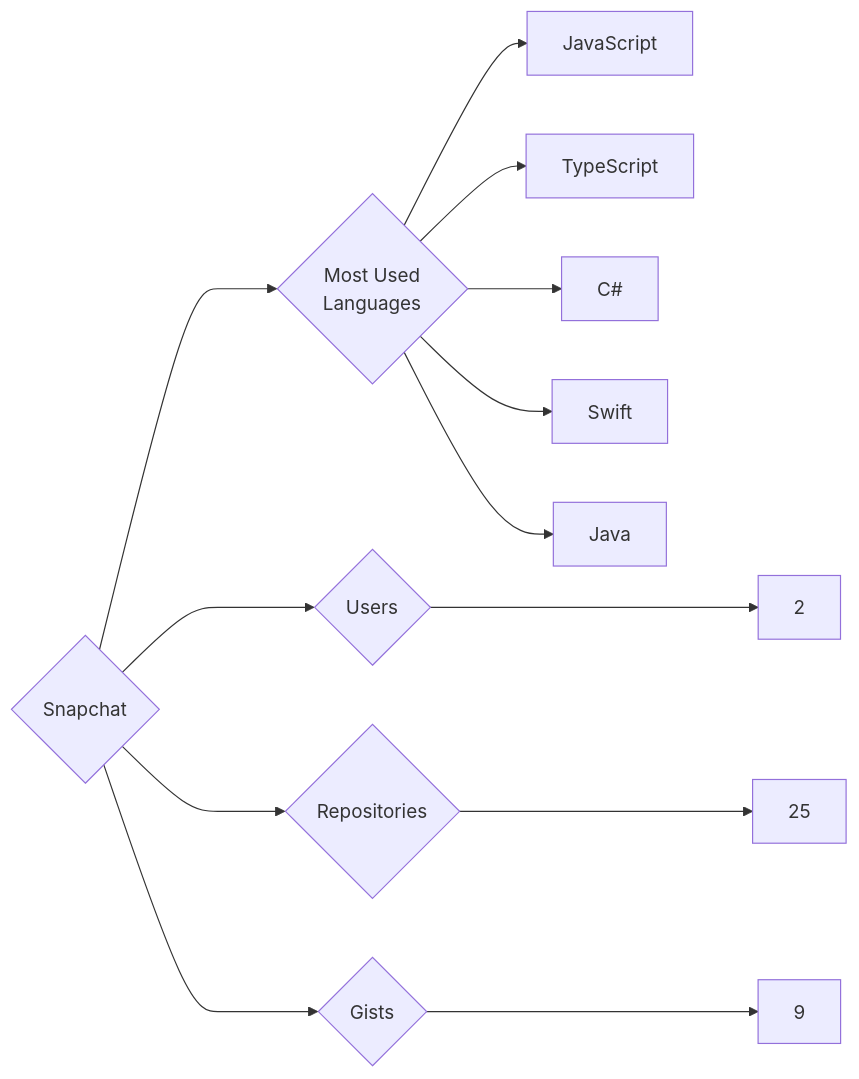
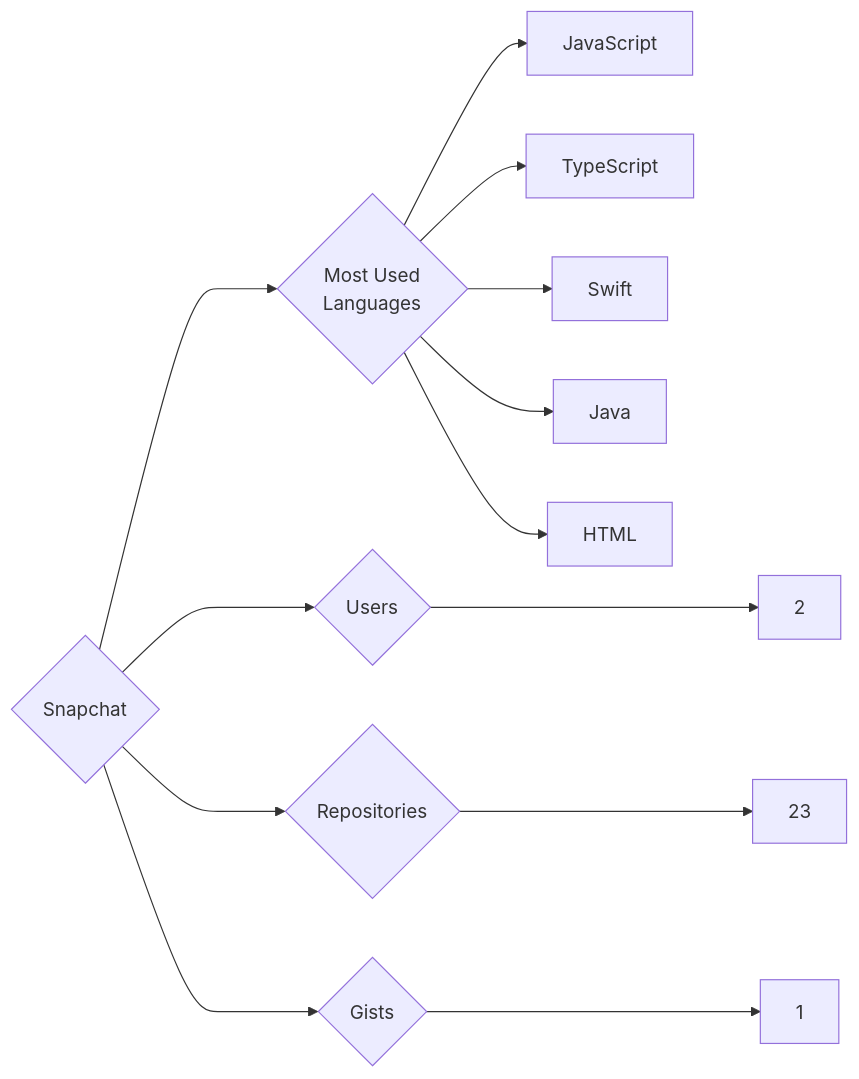
The diagram in targets/Snapchat/README.md (trickest/insiders), drawn with Mermaid before and after one commit. The commit also changed 1011 other files, not shown here.

````diff
--- a/targets/Snapchat/README.md
+++ b/targets/Snapchat/README.md
@@ -3,13 +3,13 @@
 ```mermaid
 graph LR
 COMPANY_NAME{Snapchat}
 COMPANY_NAME ---> U{Users} ---> UN[2]
-COMPANY_NAME ---> R{Repositories} ---> RN[25]
-COMPANY_NAME ---> G{Gists} ---> GN[9]
+COMPANY_NAME ---> R{Repositories} ---> RN[23]
+COMPANY_NAME ---> G{Gists} ---> GN[1]
 COMPANY_NAME ---> ML{Most Used<br>Languages}
 ML --> JavaScript[JavaScript]
 ML --> TypeScript[TypeScript]
-ML --> C#[C#]
 ML --> Swift[Swift]
 ML --> Java[Java]
+ML --> HTML[HTML]
 ```
````
